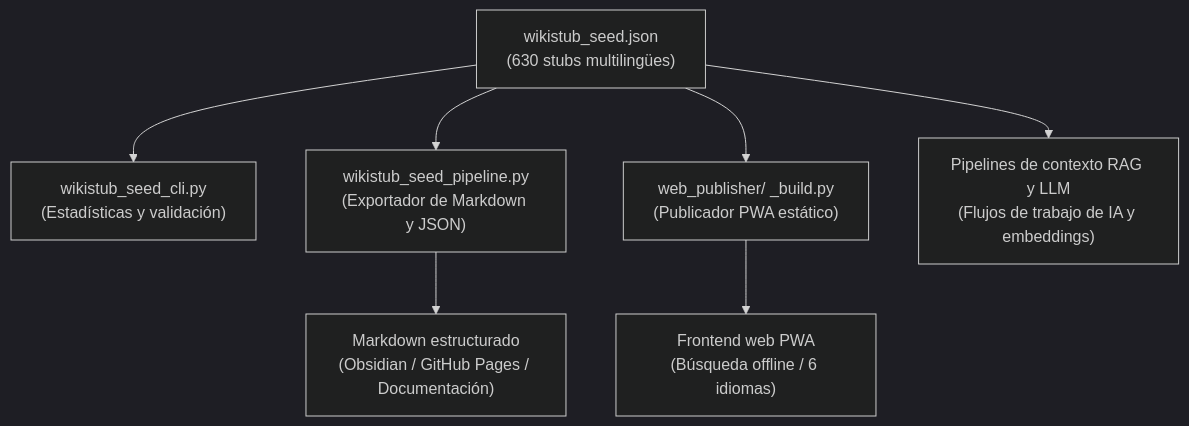
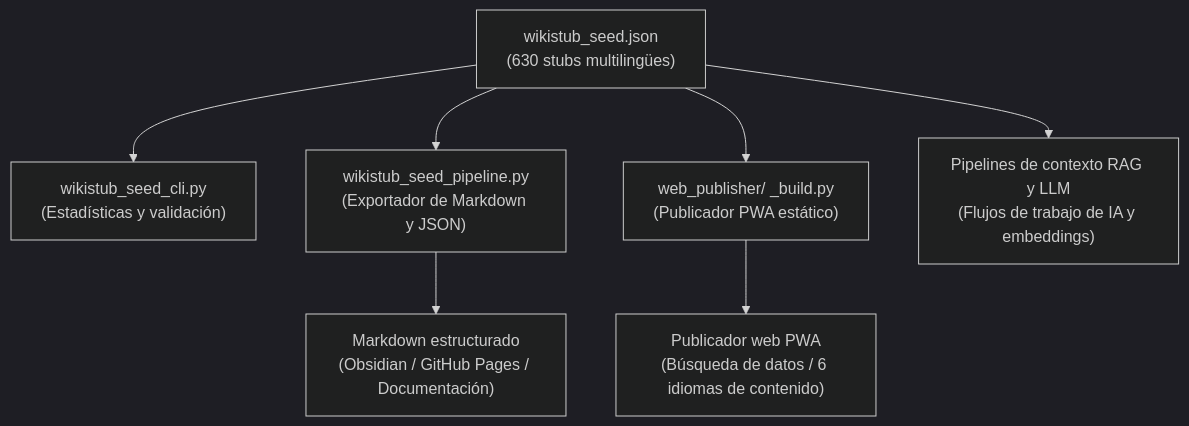
The diagram in README_es.md (dev-bricks/WikiStub-Seed), drawn with Mermaid (dark theme) before and after one commit. The commit also changed other lines of this file and 32 other files, not shown here.

````diff
--- a/README_es.md
+++ b/README_es.md
@@ -50,9 +43,9 @@
 ```mermaid
 flowchart TD
     A["wikistub_seed.json<br/>(630 stubs multilingües)"] --> B["wikistub_seed_cli.py<br/>(Estadísticas y validación)"]
     A --> C["wikistub_seed_pipeline.py<br/>(Exportador de Markdown y JSON)"]
     A --> D["web_publisher/ _build.py<br/>(Publicador PWA estático)"]
     A --> E["Pipelines de contexto RAG y LLM<br/>(Flujos de trabajo de IA y embeddings)"]
     C --> F["Markdown estructurado<br/>(Obsidian / GitHub Pages / Documentación)"]
-    D --> G["Frontend web PWA<br/>(Búsqueda offline / 6 idiomas)"]
+    D --> G["Publicador web PWA<br/>(Búsqueda de datos / 6 idiomas de contenido)"]
 ```
````
